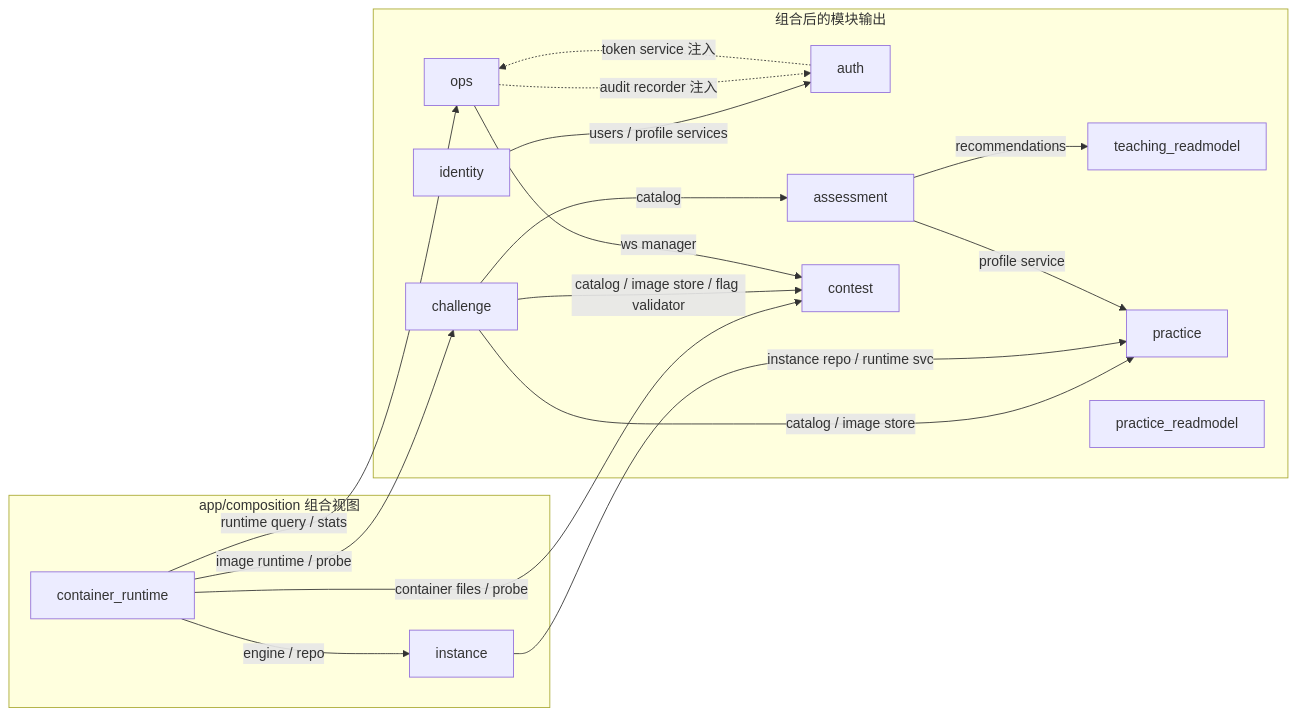
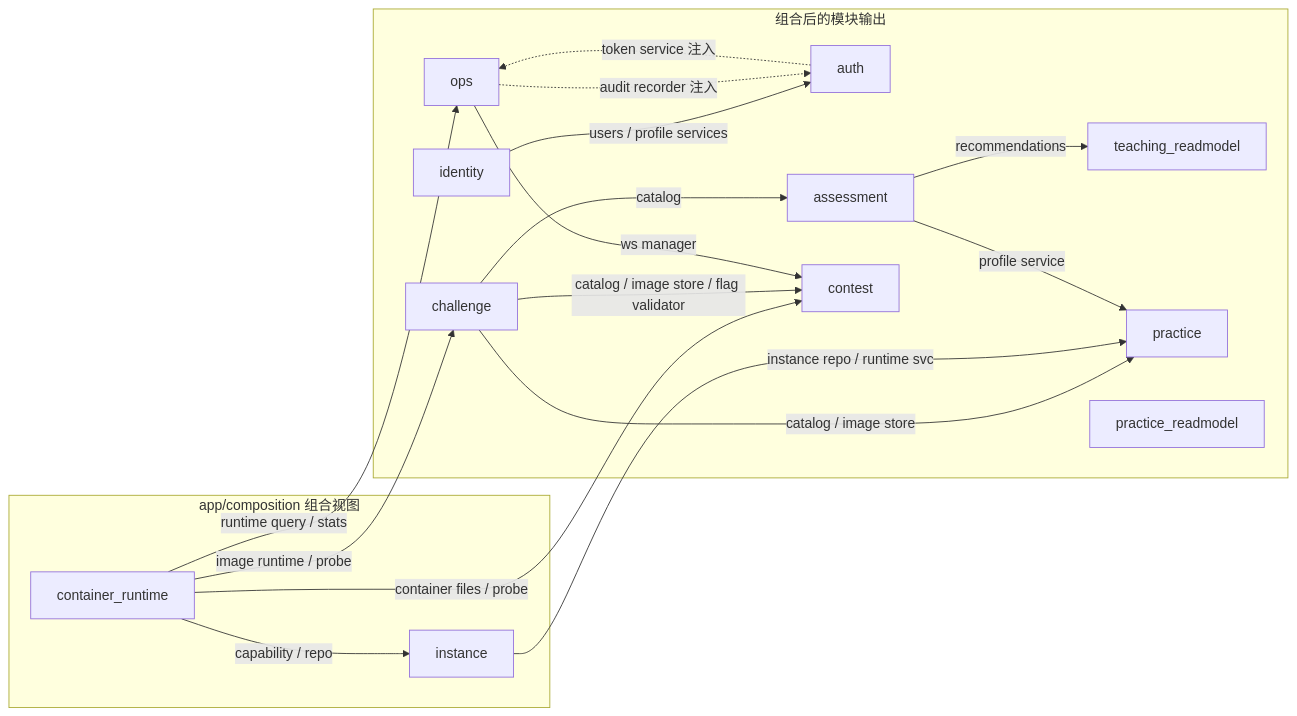
One commit to architectcgz/ctf changed the second of 3 diagrams in docs/architecture/backend/07-modular-monolith-refactor.md. Above: the diagram before and after it, drawn with Mermaid. The commit also changed other lines of this file and 8 other files, not shown here.

````diff
--- a/docs/architecture/backend/07-modular-monolith-refactor.md
+++ b/docs/architecture/backend/07-modular-monolith-refactor.md
@@ -196,38 +196,38 @@
 ```mermaid
 flowchart LR
     subgraph Views["app/composition 组合视图"]
         CR["container_runtime"]
         IM["instance"]
     end
 
     subgraph Modules["组合后的模块输出"]
         Identity["identity"]
         Auth["auth"]
         Challenge["challenge"]
         Assessment["assessment"]
         Teaching["teaching_readmodel"]
         Contest["contest"]
         Practice["practice"]
         PracticeRM["practice_readmodel"]
         Ops["ops"]
     end
 
     Identity -->|users / profile services| Auth
     Ops -.audit recorder 注入.-> Auth
     Auth -.token service 注入.-> Ops
 
     CR -->|runtime query / stats| Ops
-    CR -->|engine / repo| IM
+    CR -->|capability / repo| IM
     CR -->|image runtime / probe| Challenge
     CR -->|container files / probe| Contest
 
     Challenge -->|catalog| Assessment
     Assessment -->|recommendations| Teaching
 
     Challenge -->|catalog / image store / flag validator| Contest
     Ops -->|ws manager| Contest
 
     Challenge -->|catalog / image store| Practice
     IM -->|instance repo / runtime svc| Practice
     Assessment -->|profile service| Practice
 ```
````
